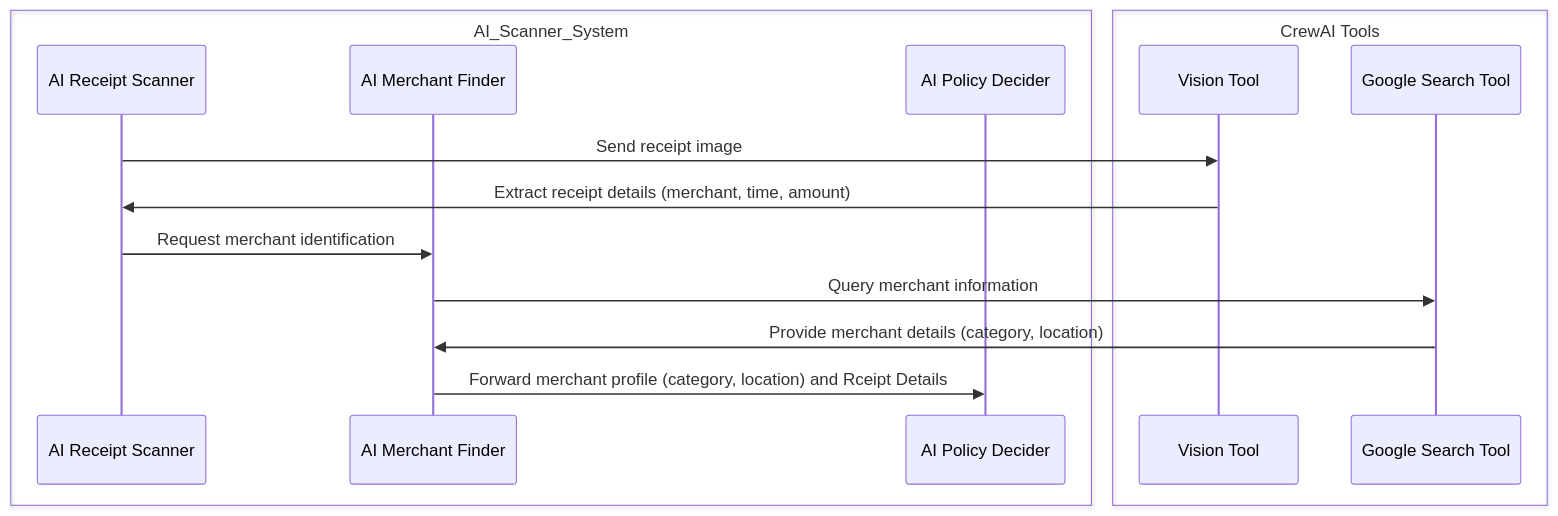
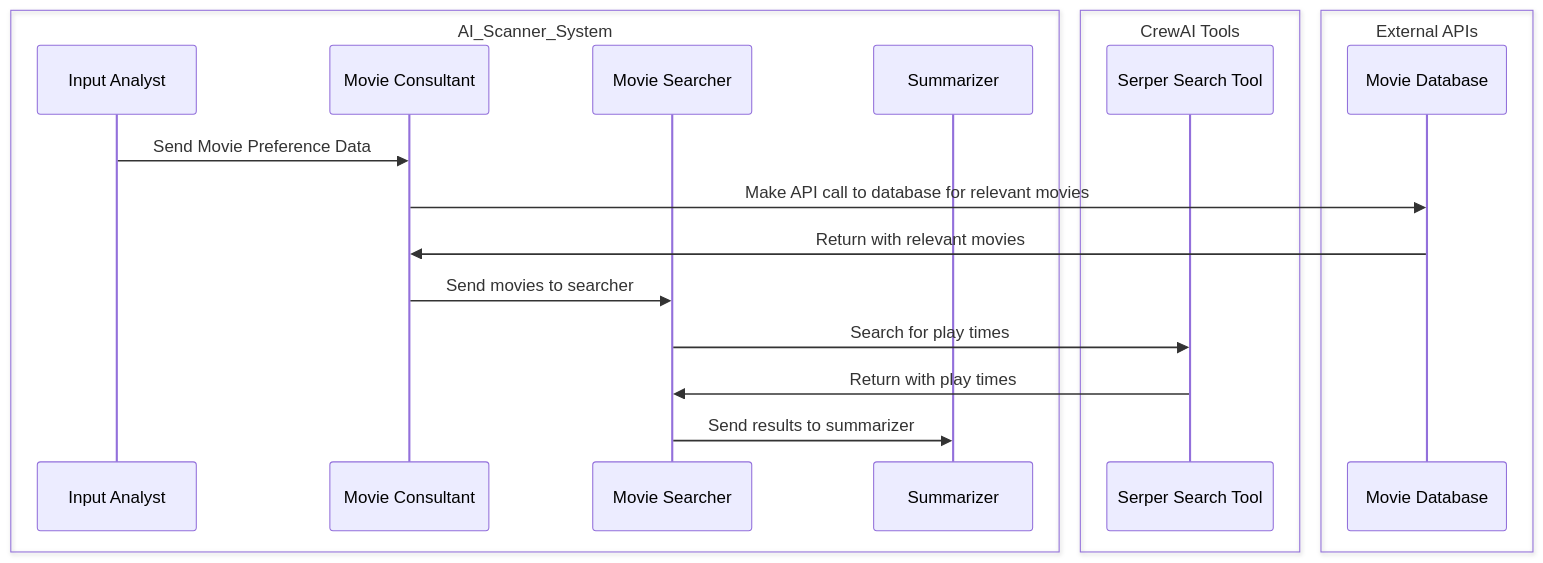
One commit to YifeiX03/movie-recommender-crew changed the second of 3 diagrams in README.md. Above: the diagram before and after it, drawn with Mermaid. The commit also changed other lines of this file, not shown here.

Commit message:
updated graph

````diff
--- a/README.md
+++ b/README.md
@@ -45,20 +44,23 @@
 ```mermaid
 sequenceDiagram
     box AI_Scanner_System
-    participant scanner as AI Receipt Scanner
-    participant merchant_finder as AI Merchant Finder
-    participant decider as AI Policy Decider
+    participant analyst as Input Analyst
+    participant consultant as Movie Consultant
+    participant searcher as Movie Searcher
+    participant summarizer as Summarizer
     end
     box CrewAI Tools
-    participant vision as Vision Tool
-    participant search as Google Search Tool
+    participant search as Serper Search Tool
+    end
+    box External APIs
+    participant moviedb as Movie Database
     end
 
-    scanner->>vision: Send receipt image
-    vision->>scanner: Extract receipt details (merchant, time, amount)
-
-    scanner->>merchant_finder: Request merchant identification
-    merchant_finder->>search: Query merchant information
-    search->>merchant_finder: Provide merchant details (category, location)
-    merchant_finder->>decider: Forward merchant profile (category, location) and Rceipt Details
+    analyst->>consultant: Send Movie Preference Data
+    consultant->>moviedb: Make API call to database for relevant movies
+    moviedb->>consultant: Return with relevant movies
+    consultant->>searcher: Send movies to searcher
+    searcher->>search: Search for play times
+    search->>searcher: Return with play times
+    searcher->>summarizer: Send results to summarizer
 ```
````
